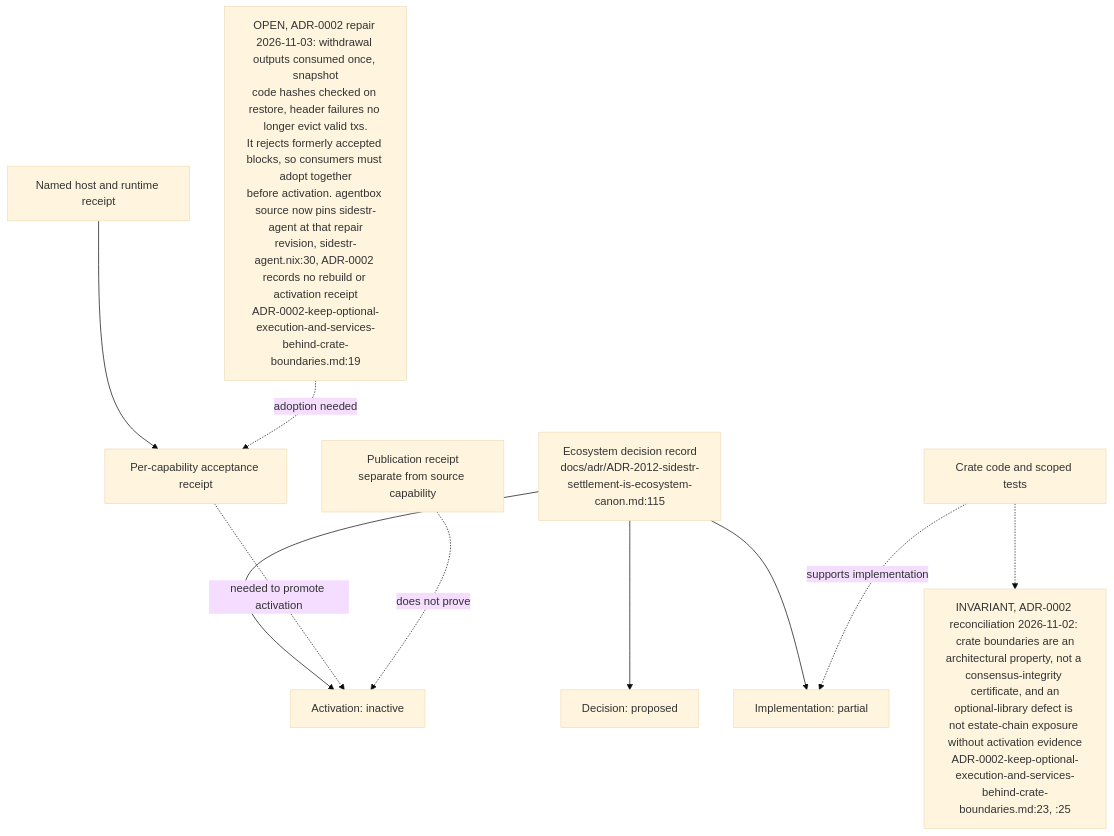
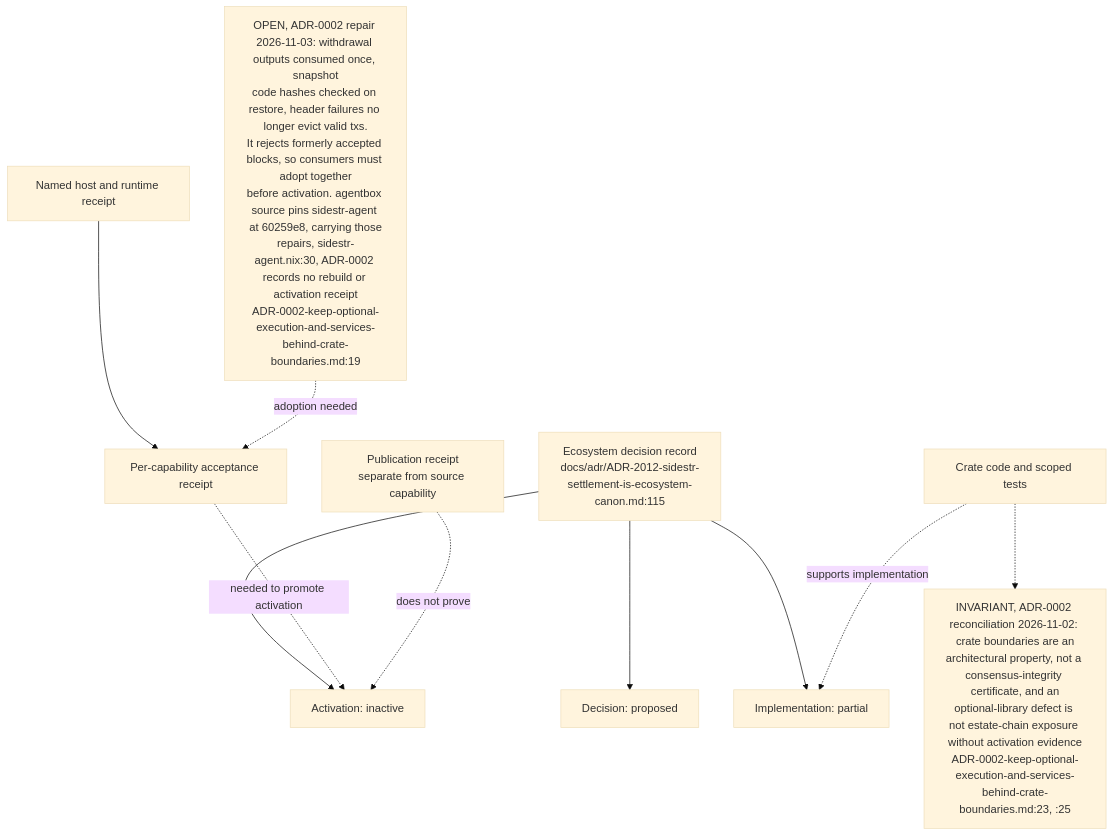
One commit to DreamLab-AI/VisionFlow changed the third of 4 diagrams in docs/diagrams/sidestr-rs/01-workspace-oracles-and-live-boundary.md. Above: the diagram before and after it, drawn with Mermaid (base theme). The commit also changed other lines of this file and 14 other files, not shown here.

Commit message:
docs: align settlement, daemon and dated health diagrams

````diff
--- a/docs/diagrams/sidestr-rs/01-workspace-oracles-and-live-boundary.md
+++ b/docs/diagrams/sidestr-rs/01-workspace-oracles-and-live-boundary.md
@@ -107,17 +107,17 @@
 ```mermaid
 flowchart TB
     STATUS["Ecosystem decision record<br/>docs/adr/ADR-2012-sidestr-settlement-is-ecosystem-canon.md:115"]
     STATUS --> DEC["Decision: proposed"]
     STATUS --> IMP["Implementation: partial"]
     STATUS --> ACT["Activation: inactive"]
     SOURCE["Crate code and scoped tests"] -. "supports implementation" .-> IMP
     PUB["Publication receipt<br/>separate from source capability"]
     DEPLOY["Named host and runtime receipt"]
     LIFE["Per-capability acceptance receipt"] -. "needed to promote activation" .-> ACT
     PUB -. "does not prove" .-> ACT
     DEPLOY --> LIFE
     BOUND["INVARIANT, ADR-0002 reconciliation 2026-11-02: crate boundaries are an<br/>architectural property, not a consensus-integrity certificate, and an<br/>optional-library defect is not estate-chain exposure without activation evidence<br/>ADR-0002-keep-optional-execution-and-services-behind-crate-boundaries.md:23, :25"]
-    REP["OPEN, ADR-0002 repair 2026-11-03: withdrawal outputs consumed once, snapshot<br/>code hashes checked on restore, header failures no longer evict valid txs.<br/>It rejects formerly accepted blocks, so consumers must adopt together<br/>before activation. agentbox source now pins sidestr-agent at that repair<br/>revision, sidestr-agent.nix:30, ADR-0002 records no rebuild or activation receipt<br/>ADR-0002-keep-optional-execution-and-services-behind-crate-boundaries.md:19"]
+    REP["OPEN, ADR-0002 repair 2026-11-03: withdrawal outputs consumed once, snapshot<br/>code hashes checked on restore, header failures no longer evict valid txs.<br/>It rejects formerly accepted blocks, so consumers must adopt together<br/>before activation. agentbox source pins sidestr-agent at 60259e8, carrying those<br/>repairs, sidestr-agent.nix:30, ADR-0002 records no rebuild or activation receipt<br/>ADR-0002-keep-optional-execution-and-services-behind-crate-boundaries.md:19"]
     SOURCE -.-> BOUND
     REP -. "adoption needed" .-> LIFE
 ```
````
